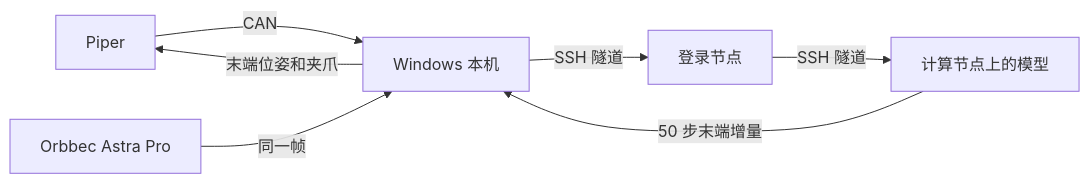
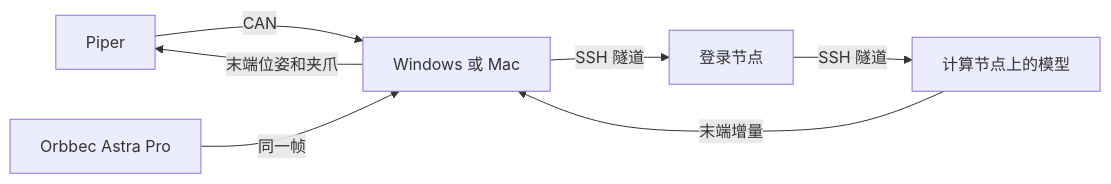
Before and after one commit to TzJ2006/CEI_robot_arms: the diagram in 用户文档.md, drawn with Mermaid. The commit also changed other lines of this file and 6 other files, not shown here.

First line of the commit message:
Document Windows and Mac support, and show the camera while recording.

````diff
--- a/用户文档.md
+++ b/用户文档.md
@@ -7,14 +7,14 @@
 ```mermaid
 flowchart LR
   arm[Piper]
   cam[Orbbec Astra Pro]
-  win[Windows 本机]
+  pc[Windows 或 Mac]
   login[登录节点]
   gpu[计算节点上的模型]
-  arm -->|CAN| win
-  cam -->|同一帧| win
-  win -->|SSH 隧道| login
+  arm -->|CAN| pc
+  cam -->|同一帧| pc
+  pc -->|SSH 隧道| login
   login -->|SSH 隧道| gpu
-  gpu -->|50 步末端增量| win
-  win -->|末端位姿和夹爪| arm
+  gpu -->|末端增量| pc
+  pc -->|末端位姿和夹爪| arm
 ```
````
